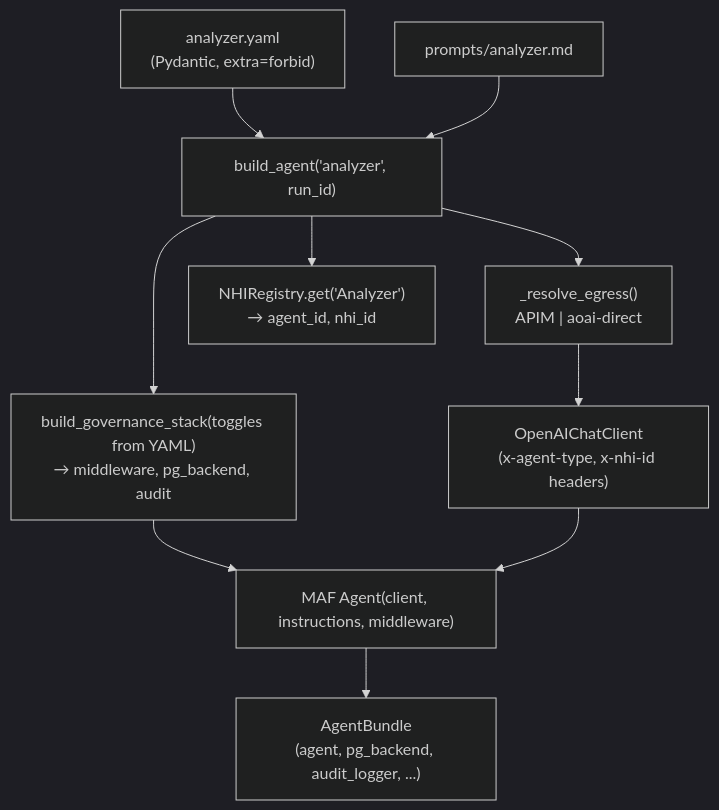
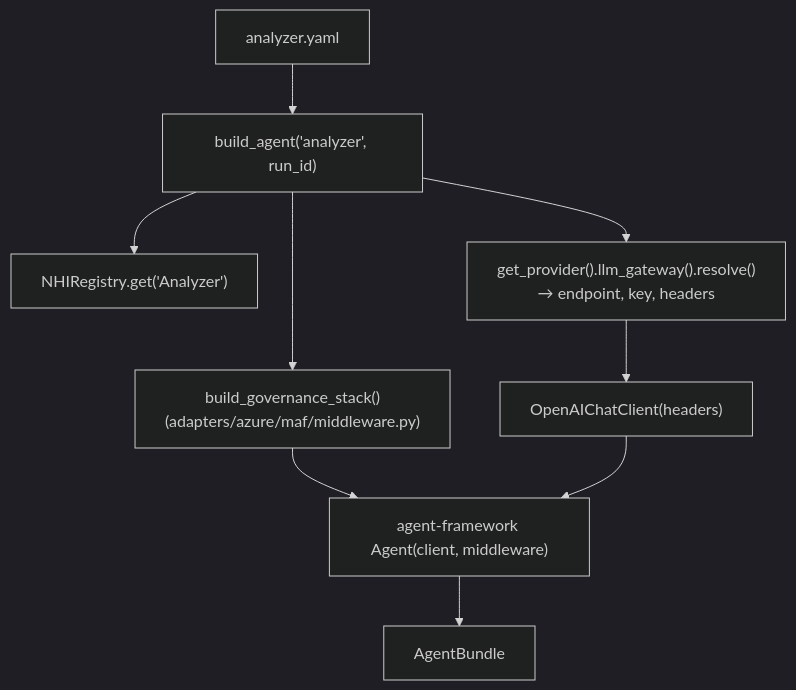
Before and after one commit to rlpatrao/agent-gov-sec: the ninth of 9 diagrams in docs/architecture.md, drawn with Mermaid (dark theme). The commit also changed other lines of this file and 42 other files, not shown here.

````diff
--- a/docs/architecture.md
+++ b/docs/architecture.md
@@ -450,12 +441,11 @@
 ```mermaid
 flowchart TD
-  Cfg["analyzer.yaml\n(Pydantic, extra=forbid)"] --> BA["build_agent('analyzer', run_id)"]
-  Prompt["prompts/analyzer.md"] --> BA
-  BA --> Eg["_resolve_egress()\nAPIM | aoai-direct"]
-  BA --> NHI["NHIRegistry.get('Analyzer')\n→ agent_id, nhi_id"]
-  BA --> GS["build_governance_stack(toggles from YAML)\n→ middleware, pg_backend, audit"]
-  Eg --> Client["OpenAIChatClient\n(x-agent-type, x-nhi-id headers)"]
-  GS --> Agent["MAF Agent(client, instructions, middleware)"]
+  Cfg["analyzer.yaml"] --> BA["build_agent('analyzer', run_id)"]
+  BA --> NHI["NHIRegistry.get('Analyzer')"]
+  BA --> GW["get_provider().llm_gateway().resolve()\n→ endpoint, key, headers"]
+  BA --> GS["build_governance_stack()\n(adapters/azure/maf/middleware.py)"]
+  GW --> Client["OpenAIChatClient(headers)"]
+  GS --> Agent["agent-framework Agent(client, middleware)"]
   Client --> Agent
-  Agent --> Bundle["AgentBundle\n(agent, pg_backend, audit_logger, ...)"]
+  Agent --> Bundle["AgentBundle"]
 ```
````
